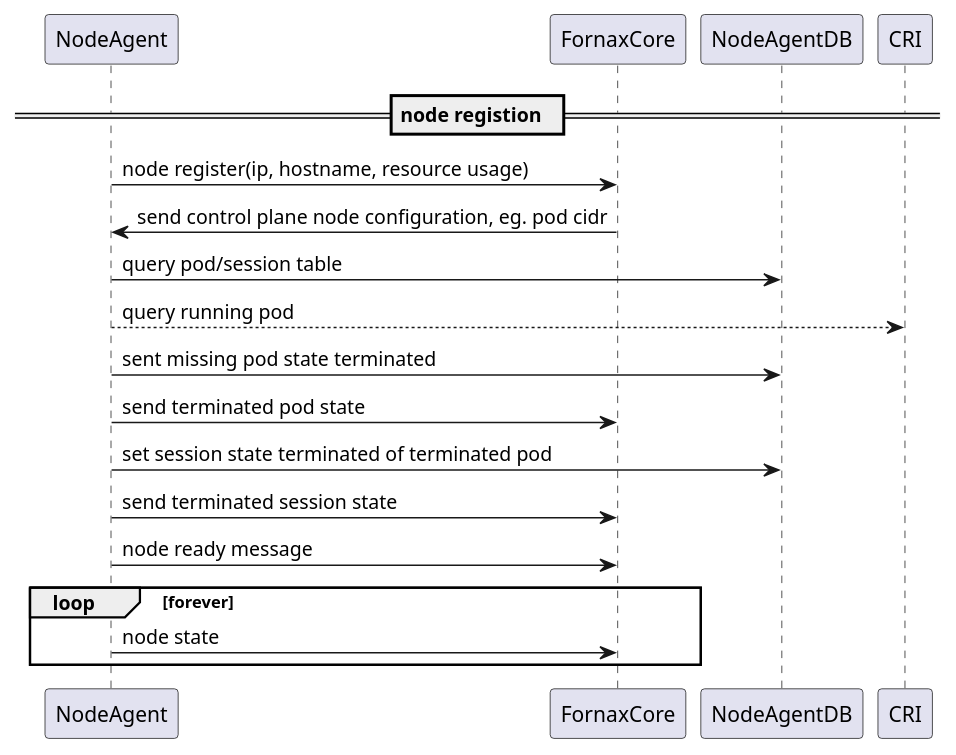
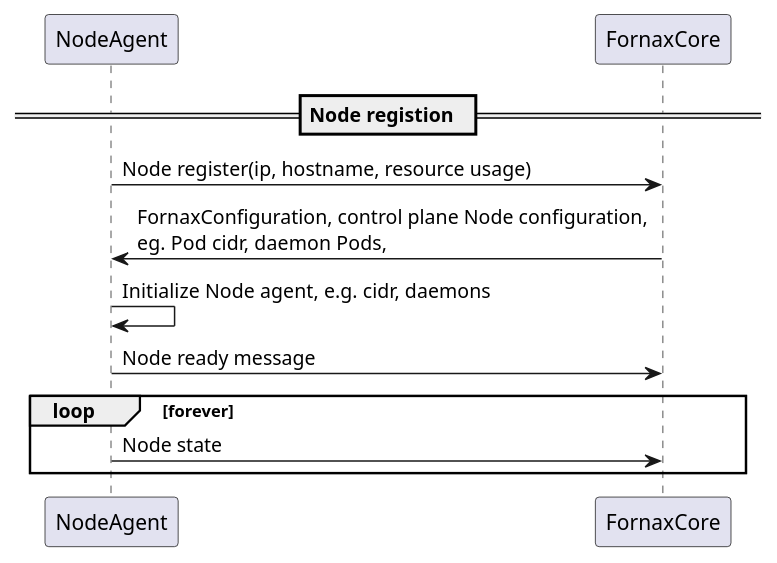
One commit to CentaurusInfra/fornax-serverless changed the second of 9 diagrams in doc/design/nodeagent.md. Above: the diagram before and after it, drawn with PlantUML. The commit also changed other lines of this file and 3 other files, not shown here.

Commit message:
add node revision design in node agent doc and remove not accurate information in architecture doc

````diff
--- a/doc/design/nodeagent.md
+++ b/doc/design/nodeagent.md
@@ -105,17 +104,12 @@
 ```puml
 @startuml
-== node registion  ==
-NodeAgent-> FornaxCore: node register(ip, hostname, resource usage)
-FornaxCore-> NodeAgent: send control plane node configuration, eg. pod cidr
-NodeAgent-> NodeAgentDB: query pod/session table
-NodeAgent--> CRI: query running pod
-NodeAgent-> NodeAgentDB: sent missing pod state terminated
-NodeAgent-> FornaxCore: send terminated pod state 
-NodeAgent-> NodeAgentDB: set session state terminated of terminated pod
-NodeAgent-> FornaxCore: send terminated session state
-NodeAgent-> FornaxCore: node ready message
+== Node registion  ==
+NodeAgent -> FornaxCore: Node register(ip, hostname, resource usage)
+FornaxCore -> NodeAgent: FornaxConfiguration, control plane Node configuration, \neg. Pod cidr, daemon Pods,
+NodeAgent -> NodeAgent: Initialize Node agent, e.g. cidr, daemons
+NodeAgent-> FornaxCore: Node ready message
 loop forever
-NodeAgent-> FornaxCore: node state
+NodeAgent-> FornaxCore: Node state
 end
 @enduml
 ```
````
